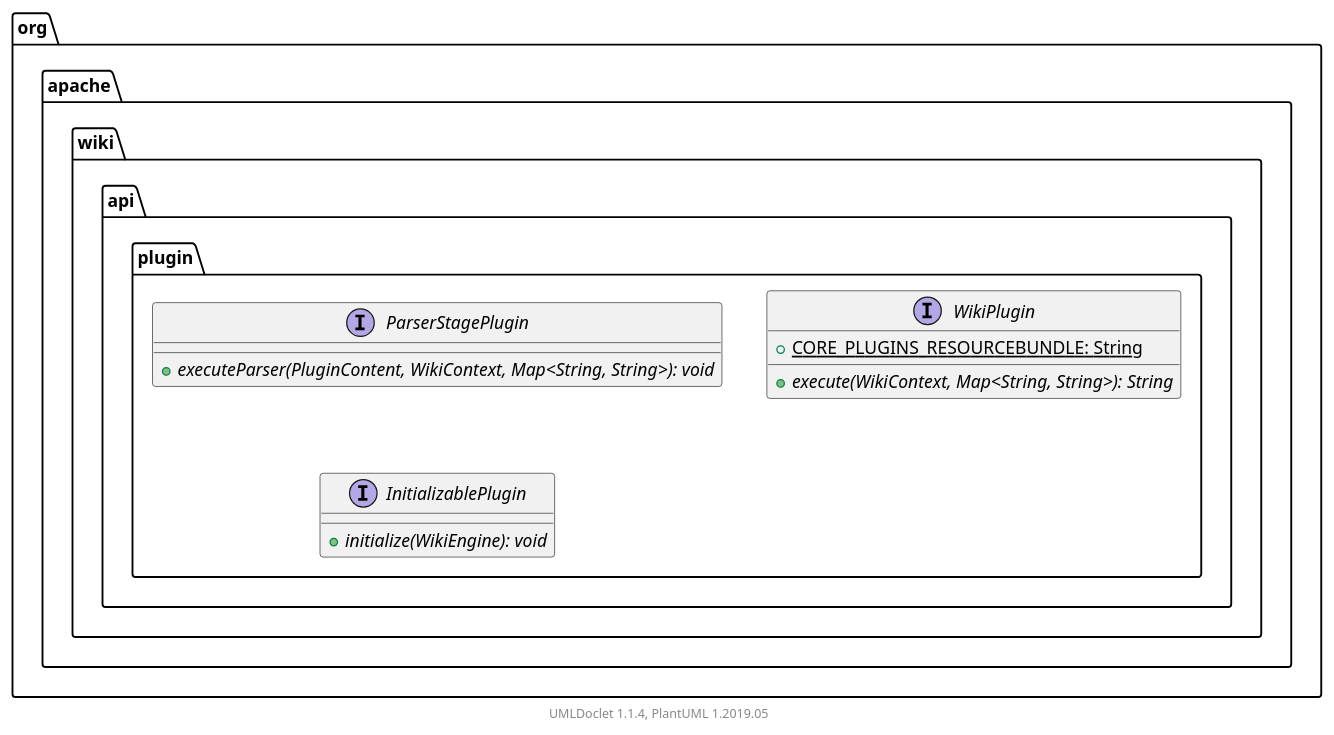
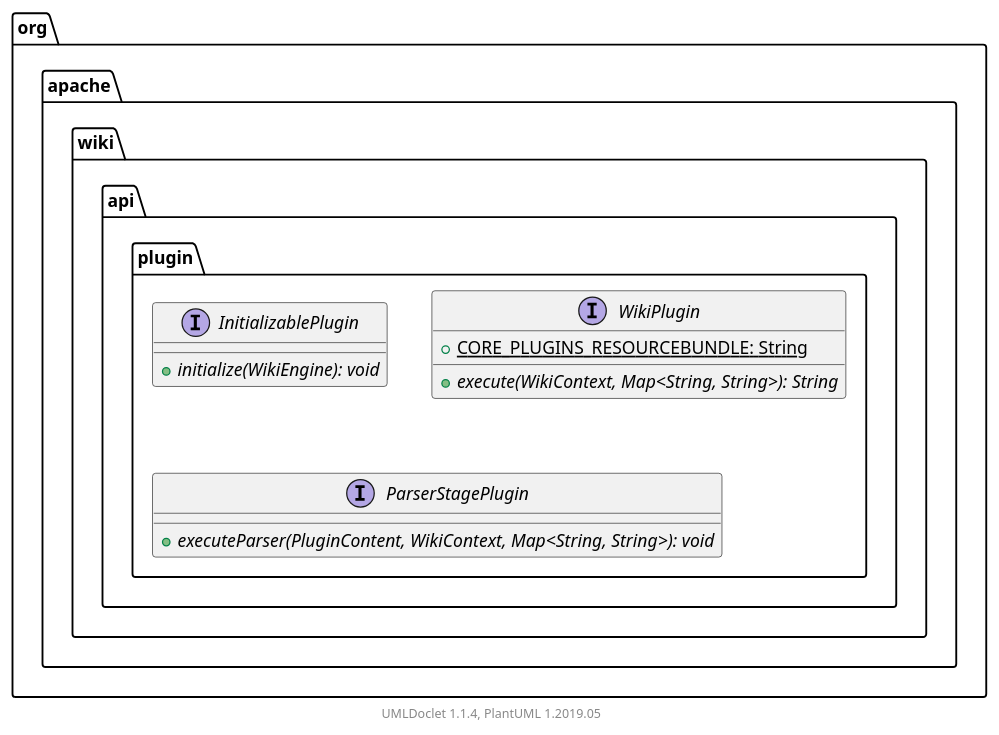
One commit to apache/jspwiki-site changed the diagram in apidocs/2.11.0.M7-SNAPSHOT/org/apache/wiki/api/plugin/package.puml. Above: the diagram before and after it, drawn with PlantUML. The commit also changed other lines of this file and 1587 other files, not shown here.

```diff
--- a/apidocs/2.11.0.M7-SNAPSHOT/org/apache/wiki/api/plugin/package.puml
+++ b/apidocs/2.11.0.M7-SNAPSHOT/org/apache/wiki/api/plugin/package.puml
@@ -1,22 +1,22 @@
 @startuml
 
     namespace org.apache.wiki.api.plugin {
 
-        interface ParserStagePlugin [[ParserStagePlugin.html]] {
-            {abstract} +executeParser(PluginContent, WikiContext, Map<String, String>): void
+        interface InitializablePlugin [[InitializablePlugin.html]] {
+            {abstract} +initialize(WikiEngine): void
         }
 
         interface WikiPlugin [[WikiPlugin.html]] {
             {static} +CORE_PLUGINS_RESOURCEBUNDLE: String
             {abstract} +execute(WikiContext, Map<String, String>): String
         }
 
-        interface InitializablePlugin [[InitializablePlugin.html]] {
-            {abstract} +initialize(WikiEngine): void
+        interface ParserStagePlugin [[ParserStagePlugin.html]] {
+            {abstract} +executeParser(PluginContent, WikiContext, Map<String, String>): void
         }
 
     }
 
 
     center footer UMLDoclet 1.1.4, PlantUML 1.2019.05
 @enduml
```
